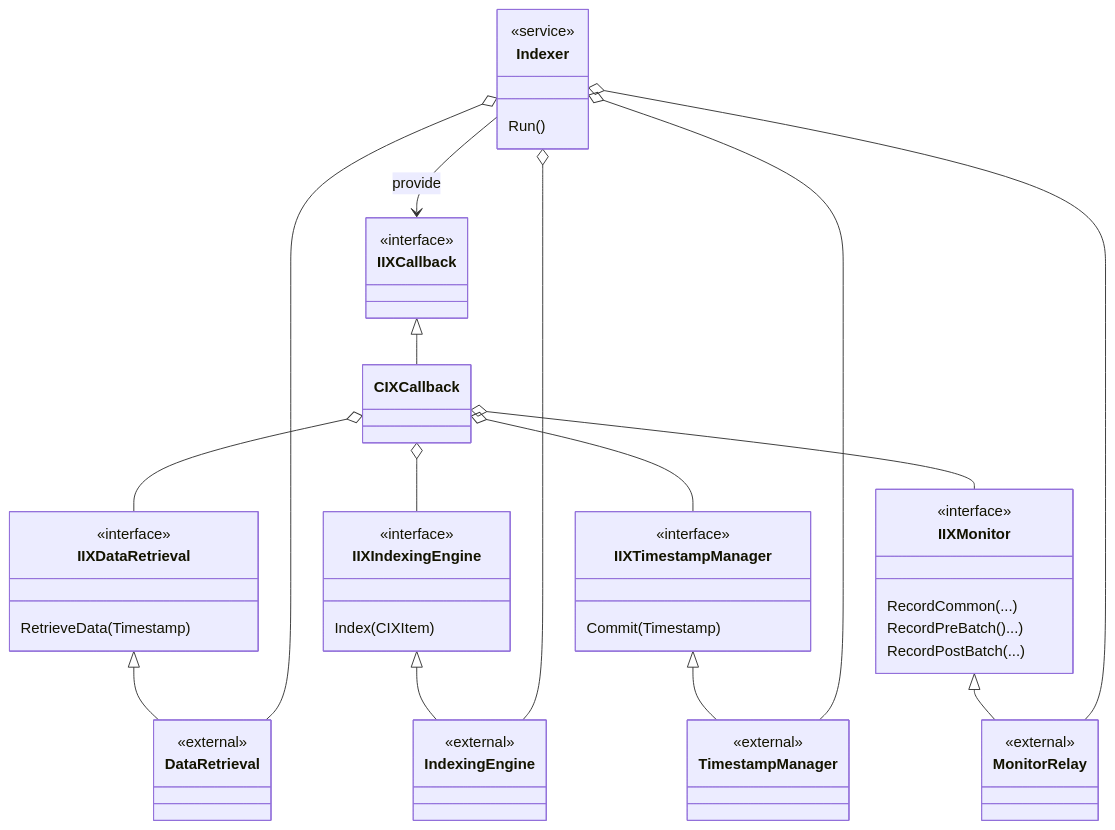
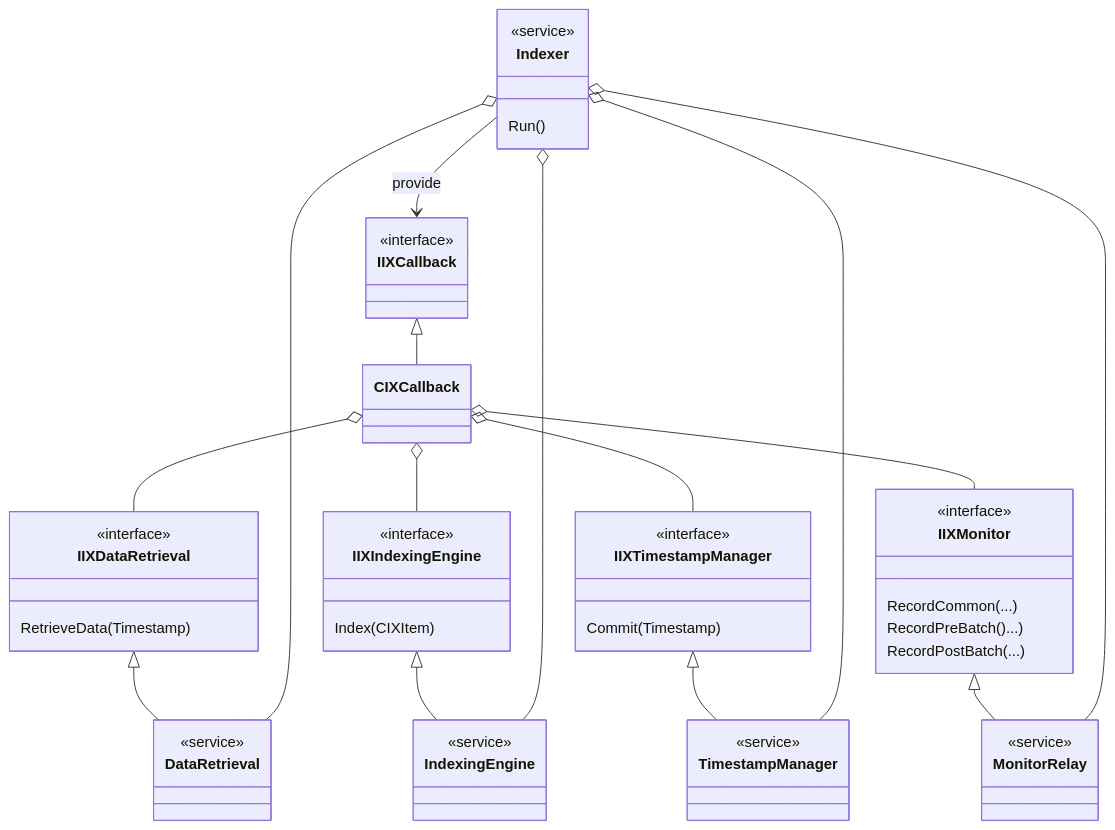
Before and after one commit to lightcaurby/Code-IXSample: the first of 3 diagrams in README.md, drawn with Mermaid. The commit also changed other lines of this file and 1 other file, not shown here.

````diff
--- a/README.md
+++ b/README.md
@@ -1,54 +1,54 @@
 ```mermaid
 classDiagram
 
 class IIXCallback
 <<interface>> IIXCallback
 
 class IIXTimestampManager
 <<interface>> IIXTimestampManager
 IIXTimestampManager : Commit(Timestamp)
 class TimestampManager
-<<external>> TimestampManager
+<<service>> TimestampManager
 IIXTimestampManager <|-- TimestampManager
 
 class IIXIndexingEngine 
 <<interface>> IIXIndexingEngine
 IIXIndexingEngine : Index(CIXItem)
 class IndexingEngine
-<<external>> IndexingEngine
+<<service>> IndexingEngine
 IIXIndexingEngine <|-- IndexingEngine
 
 class IIXDataRetrieval
 <<interface>> IIXDataRetrieval
 IIXDataRetrieval : RetrieveData(Timestamp) 
 class DataRetrieval
-<<external>> DataRetrieval
+<<service>> DataRetrieval
 IIXDataRetrieval <|-- DataRetrieval
 
 class IIXMonitor
 <<interface>> IIXMonitor
 IIXMonitor : RecordCommon(...)
 IIXMonitor : RecordPreBatch()...)
 IIXMonitor : RecordPostBatch(...)
 class MonitorRelay
-<<external>> MonitorRelay
+<<service>> MonitorRelay
 IIXMonitor <|-- MonitorRelay
 
 IIXCallback <|-- CIXCallback
 CIXCallback o-- IIXDataRetrieval
 CIXCallback o-- IIXIndexingEngine
 CIXCallback o-- IIXTimestampManager
 CIXCallback o-- IIXMonitor
 
 class Indexer
 <<service>> Indexer
 
 Indexer : Run()
 Indexer --> IIXCallback : provide
 Indexer o-- DataRetrieval
 Indexer o-- MonitorRelay
 Indexer o-- IndexingEngine
 Indexer o-- TimestampManager
 
 
 ```
````
